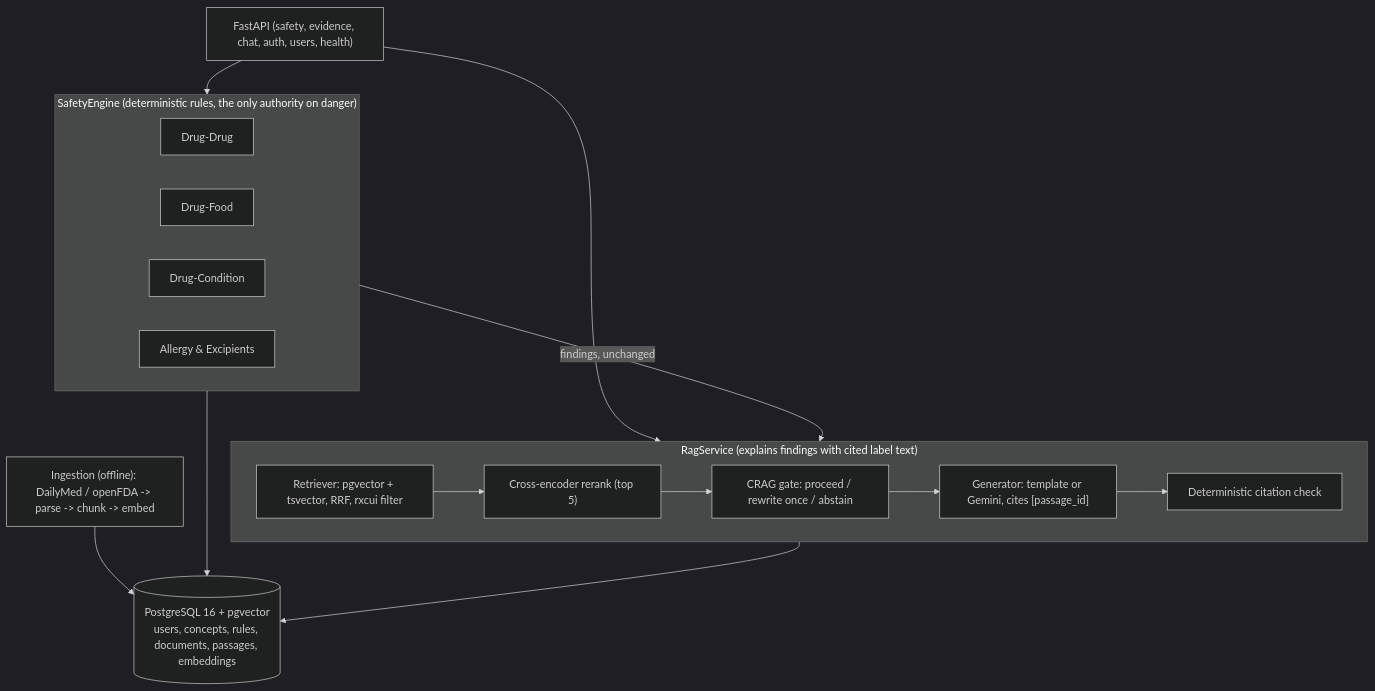
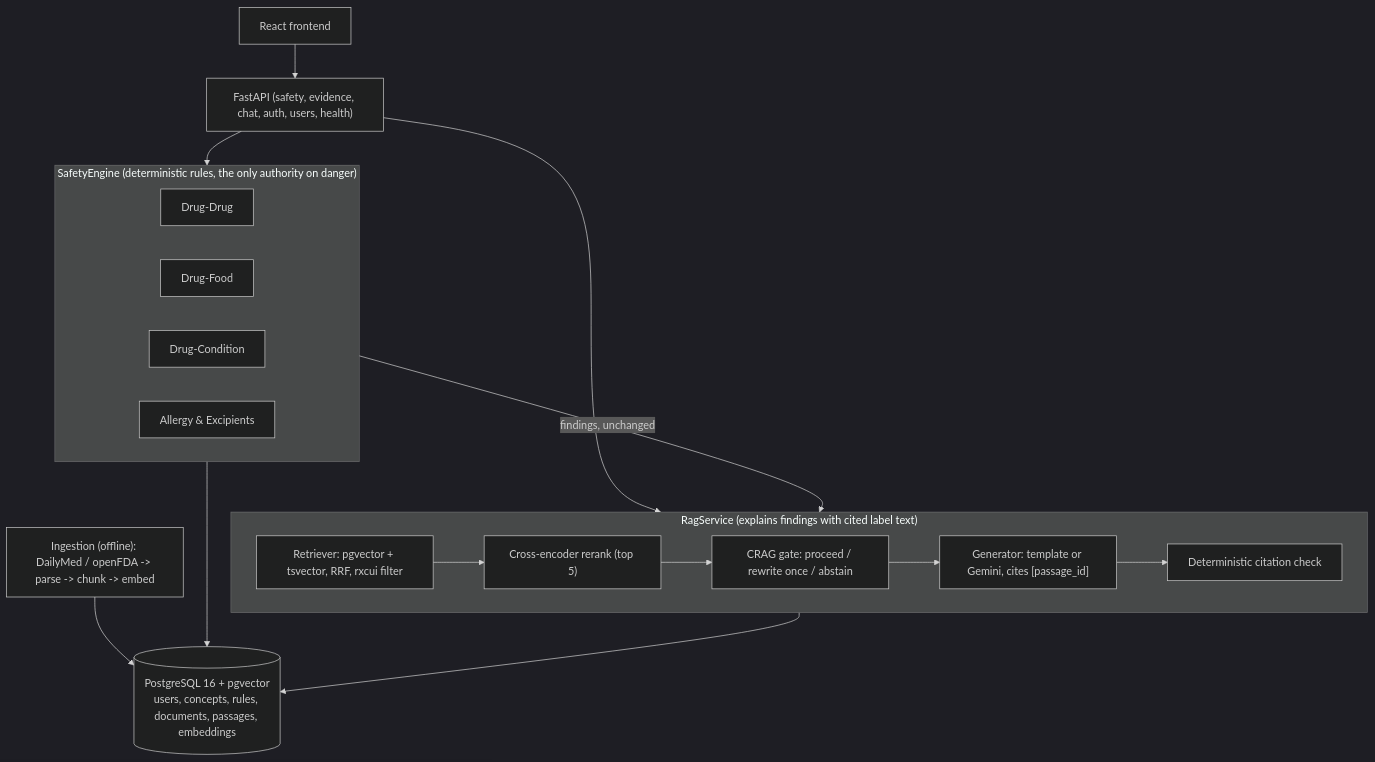
The diagram in README.md (hxrdikk21/label-safe), drawn with Mermaid (dark theme) before and after one commit. The commit also changed other lines of this file and 289 other files, not shown here.

````diff
--- a/README.md
+++ b/README.md
@@ -36,29 +31,30 @@
 ```mermaid
 flowchart TB
+    UI["React frontend"] --> API
     API["FastAPI (safety, evidence, chat, auth, users, health)"]
     subgraph Safety ["SafetyEngine (deterministic rules, the only authority on danger)"]
         direction LR
         DDI["Drug-Drug"]
         DFI["Drug-Food"]
         DCI["Drug-Condition"]
         Allergy["Allergy & Excipients"]
     end
     subgraph RAG ["RagService (explains findings with cited label text)"]
         direction LR
         Retriever["Retriever: pgvector + tsvector, RRF, rxcui filter"]
         Rerank["Cross-encoder rerank (top 5)"]
         Gate["CRAG gate: proceed / rewrite once / abstain"]
         Gen["Generator: template or Gemini, cites [passage_id]"]
         Cite["Deterministic citation check"]
         Retriever --> Rerank --> Gate --> Gen --> Cite
     end
     PG[("PostgreSQL 16 + pgvector\nusers, concepts, rules, documents, passages, embeddings")]
     Ingest["Ingestion (offline): DailyMed / openFDA -> parse -> chunk -> embed"]
 
     API --> Safety
     API --> RAG
     Safety -->|findings, unchanged| RAG
     Safety --> PG
     RAG --> PG
     Ingest --> PG
 ```
````
